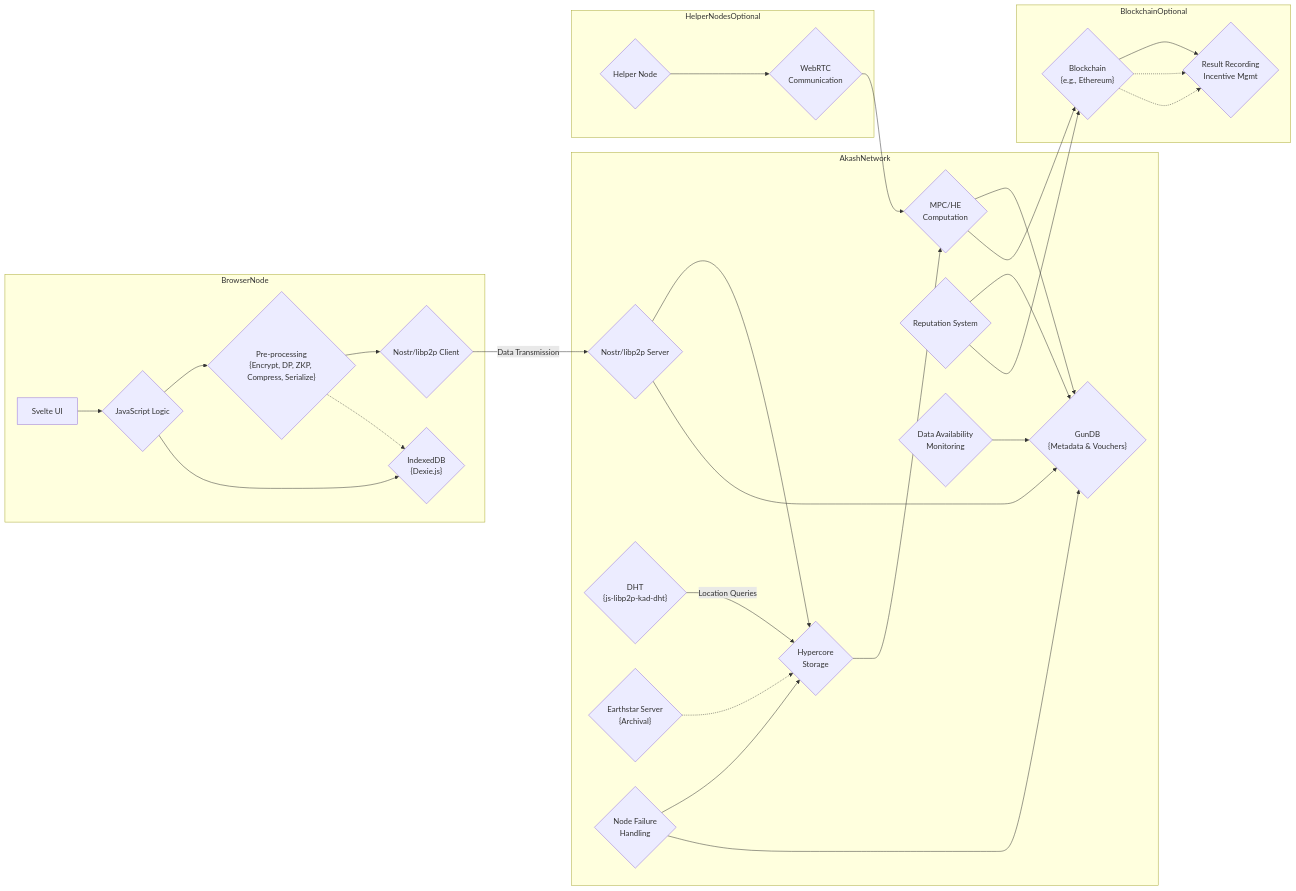
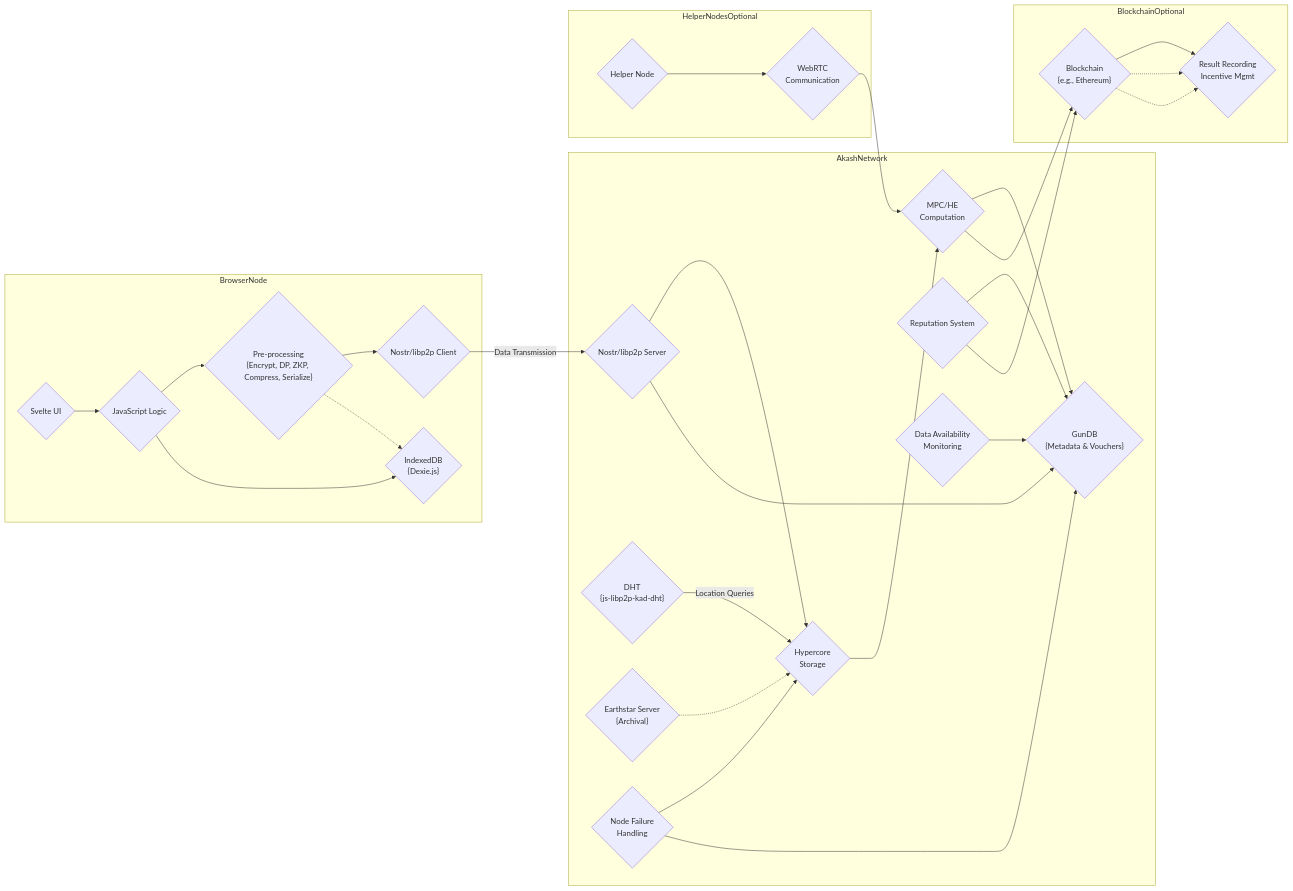
Before and after one commit to Anarcho-app/CCC: the sixth of 9 diagrams in code-review-summary.md, drawn with Mermaid.

````diff
--- a/code-review-summary.md
+++ b/code-review-summary.md
@@ -237,33 +237,33 @@
 ```mermaid
 graph LR;
     subgraph BrowserNode
-        A[Svelte UI] --> B{JavaScript Logic}
+        A{Svelte UI} --> B{JavaScript Logic}
         B --> C{Pre-processing<br>&lcub;Encrypt, DP, ZKP, Compress, Serialize&rcub;}
         C --> D{Nostr/libp2p Client}
         B --> E{IndexedDB<br>&lcub;Dexie.js&rcub;}
     end
     subgraph AkashNetwork
         F{Nostr/libp2p Server} --> G{Hypercore<br>Storage}
         F --> H{GunDB<br>&lcub;Metadata & Vouchers&rcub;}
         G --> I{MPC/HE<br>Computation}
         I --> H
         J{DHT<br>&lcub;js-libp2p-kad-dht&rcub;} -- Location Queries --> G
         K{Earthstar Server<br>&lcub;Archival&rcub;} -.-> G
         L{Reputation System} --> H
         M{Data Availability<br>Monitoring} --> H
         N{Node Failure<br>Handling} --> G & H
     end
     subgraph BlockchainOptional
         O{Blockchain<br>&lcub;e.g., Ethereum&rcub;} --> P{Result Recording<br>Incentive Mgmt}
     end
     subgraph HelperNodesOptional
         Q{Helper Node} --> R{WebRTC<br>Communication}
         R --> I
     end
 
     D -- Data Transmission --> F
     C -.-> E
     I --> O -.-> P
     L --> O -.-> P
 
 ```
````
